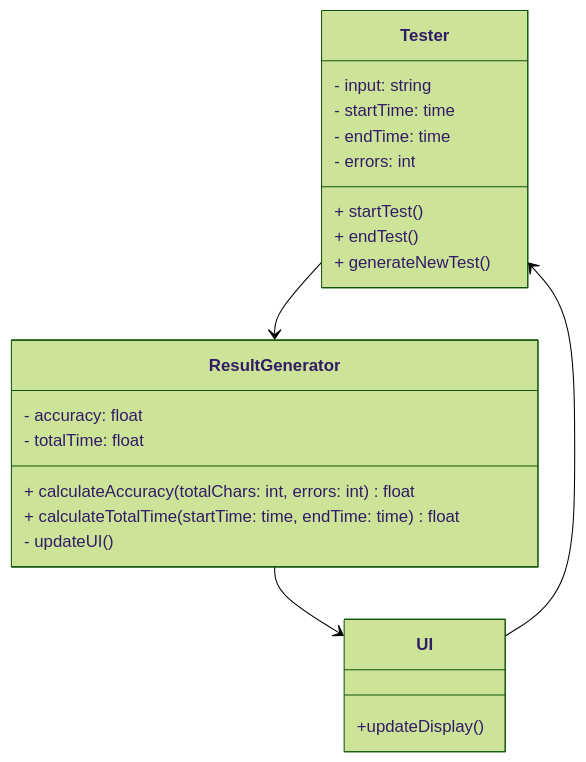
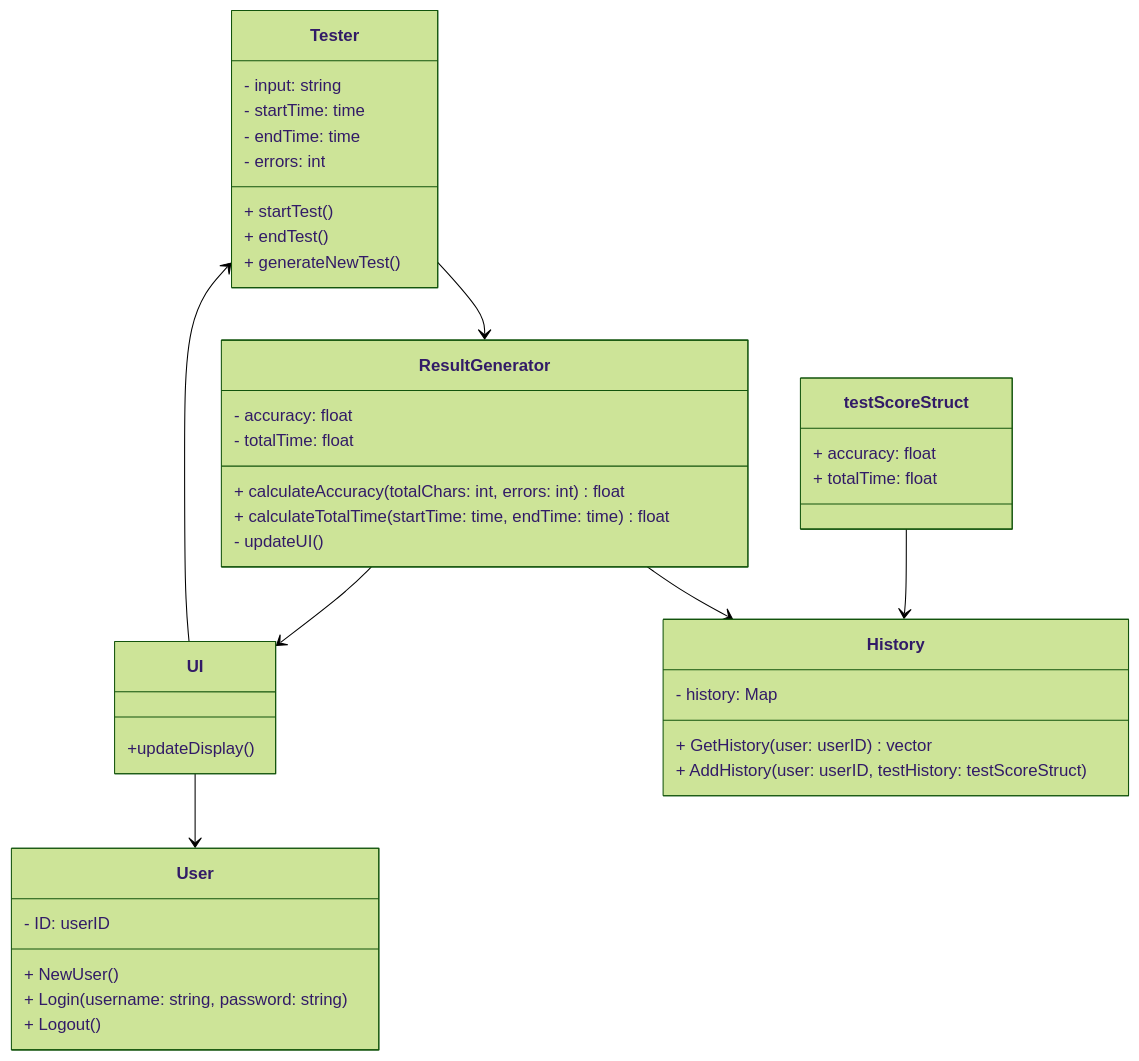
Before and after one commit to RezDead/tippitytappity-design: the diagram in README.md, drawn with Mermaid (forest theme).

Commit message:
Version 2 of class diagram

````diff
--- a/README.md
+++ b/README.md
@@ -8,26 +8,44 @@
 ```mermaid
 classDiagram
   Tester --> ResultGenerator
   UI --> Tester
+  UI --> User
   ResultGenerator --> UI
+  testScoreStruct --> History
+  ResultGenerator --> History
   class Tester{
     - input: string
     - startTime: time
     - endTime: time
     - errors: int
     + startTest()
     + endTest()
     + generateNewTest()
   }
   class ResultGenerator{
     - accuracy: float
     - totalTime: float
     + calculateAccuracy(totalChars: int, errors: int) float
     + calculateTotalTime(startTime: time, endTime: time) float
     - updateUI()
   }
   class UI{
     +updateDisplay()
   }
+  class History{
+    - history: Map<userID, testScoreStruct>
+    + GetHistory(user: userID) vector<testScoreStruct>
+    + AddHistory(user: userID, testHistory: testScoreStruct)
+  }
+  class testScoreStruct{
+    + accuracy: float
+    + totalTime: float
+  }
+  class User{
+    - ID: userID
+    + NewUser()
+    + Login(username: string, password: string)
+    + Logout()
+  }
 
 ```
````
